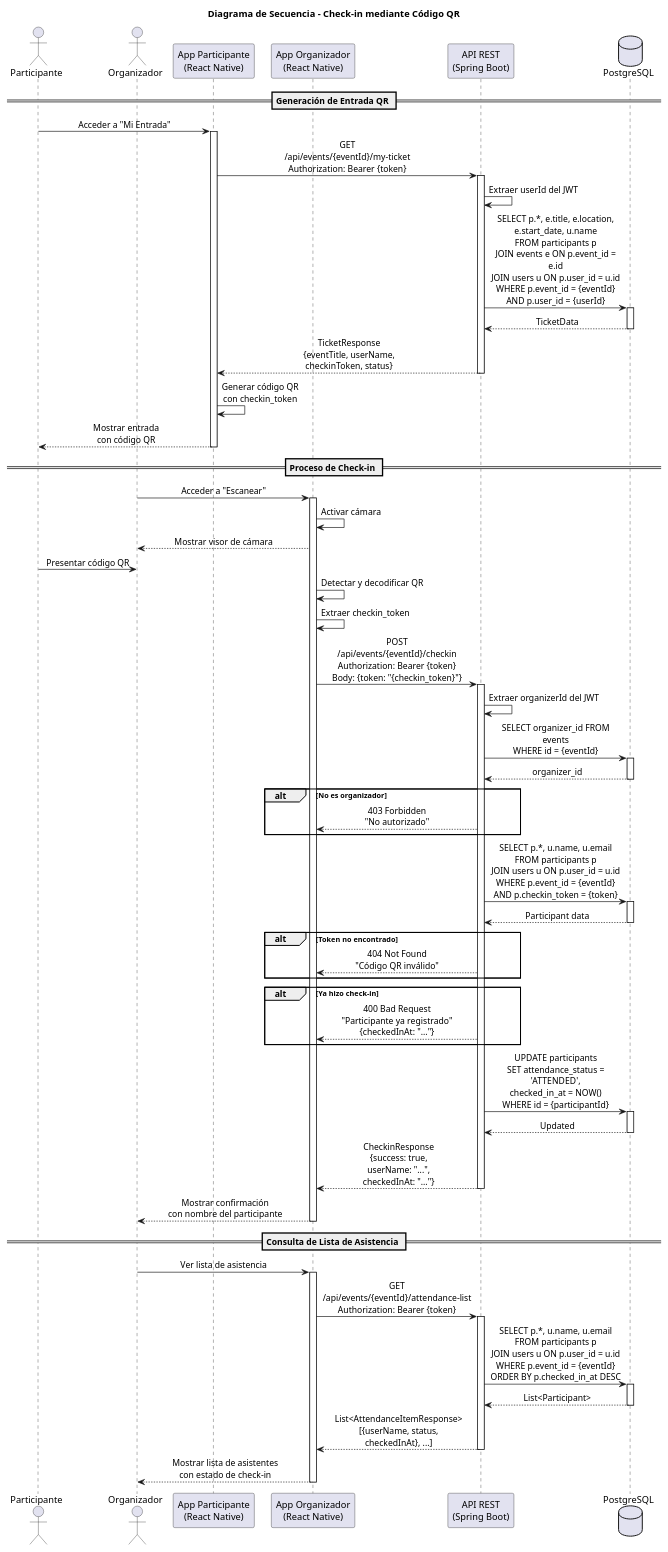
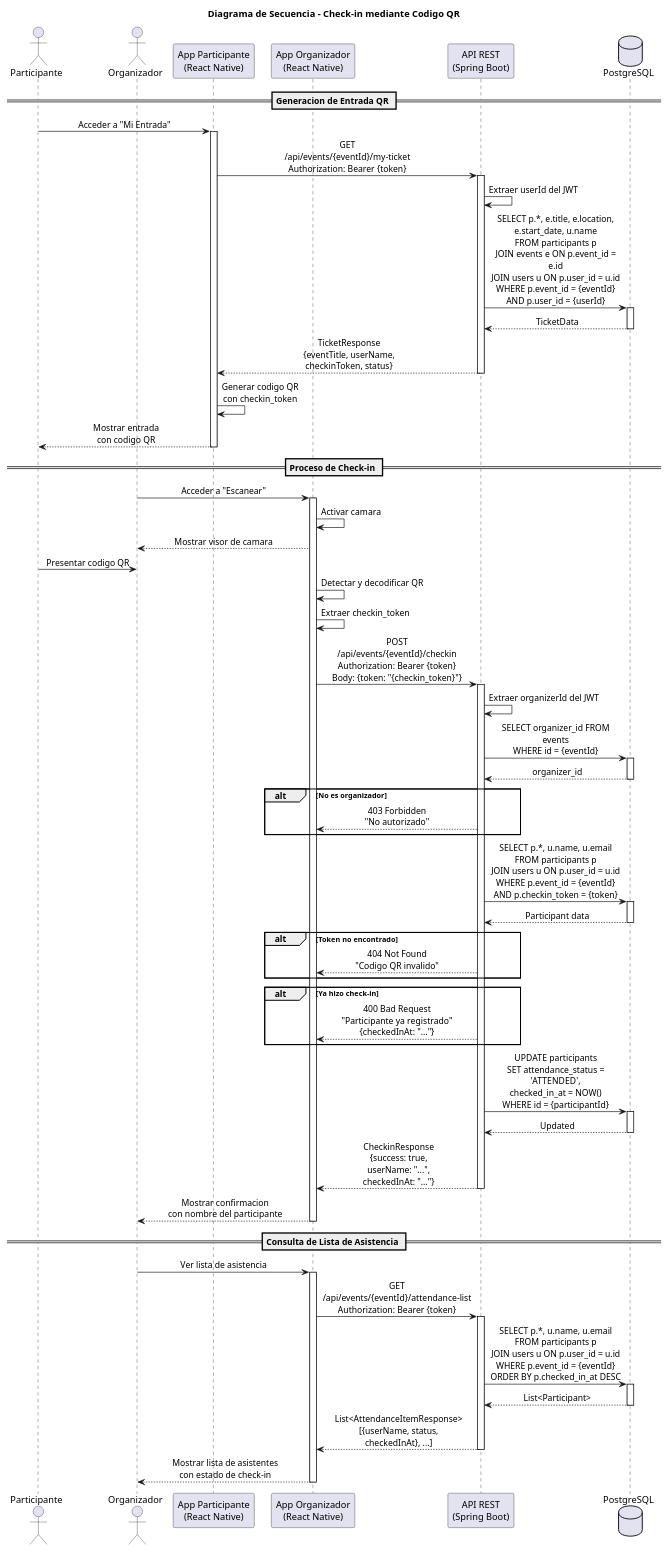
One commit to JeremyTierra/Azuevento changed the diagram in plan/diagramas/10_secuencia_checkin.puml. Above: the diagram before and after it, drawn with PlantUML. The commit also changed 14 other files, not shown here.

Commit message:
Refactor diagrams to standardize Spanish terminology and improve consistency

```diff
--- a/plan/diagramas/10_secuencia_checkin.puml
+++ b/plan/diagramas/10_secuencia_checkin.puml
@@ -1,108 +1,108 @@
 @startuml Secuencia_CheckIn
 skinparam sequenceMessageAlign center
 skinparam responseMessageBelowArrow true
 skinparam maxMessageSize 200
 
-title Diagrama de Secuencia - Check-in mediante Código QR
+title Diagrama de Secuencia - Check-in mediante Codigo QR
 
 actor "Participante" as Participant
 actor "Organizador" as Organizer
 participant "App Participante\n(React Native)" as AppP
 participant "App Organizador\n(React Native)" as AppO
 participant "API REST\n(Spring Boot)" as API
 database "PostgreSQL" as DB
 
-== Generación de Entrada QR ==
+== Generacion de Entrada QR ==
 
 Participant -> AppP: Acceder a "Mi Entrada"
 activate AppP
 
 AppP -> API: GET /api/events/{eventId}/my-ticket\nAuthorization: Bearer {token}
 activate API
 
 API -> API: Extraer userId del JWT
 
 API -> DB: SELECT p.*, e.title, e.location,\ne.start_date, u.name\nFROM participants p\nJOIN events e ON p.event_id = e.id\nJOIN users u ON p.user_id = u.id\nWHERE p.event_id = {eventId}\nAND p.user_id = {userId}
 activate DB
 DB --> API: TicketData
 deactivate DB
 
 API --> AppP: TicketResponse\n{eventTitle, userName,\ncheckinToken, status}
 deactivate API
 
-AppP -> AppP: Generar código QR\ncon checkin_token
+AppP -> AppP: Generar codigo QR\ncon checkin_token
 
-AppP --> Participant: Mostrar entrada\ncon código QR
+AppP --> Participant: Mostrar entrada\ncon codigo QR
 deactivate AppP
 
 == Proceso de Check-in ==
 
 Organizer -> AppO: Acceder a "Escanear"
 activate AppO
 
-AppO -> AppO: Activar cámara
-AppO --> Organizer: Mostrar visor de cámara
+AppO -> AppO: Activar camara
+AppO --> Organizer: Mostrar visor de camara
 
-Participant -> Organizer: Presentar código QR
+Participant -> Organizer: Presentar codigo QR
 
 AppO -> AppO: Detectar y decodificar QR
 AppO -> AppO: Extraer checkin_token
 
 AppO -> API: POST /api/events/{eventId}/checkin\nAuthorization: Bearer {token}\nBody: {token: "{checkin_token}"}
 activate API
 
 API -> API: Extraer organizerId del JWT
 
 API -> DB: SELECT organizer_id FROM events\nWHERE id = {eventId}
 activate DB
 DB --> API: organizer_id
 deactivate DB
 
 alt No es organizador
     API --> AppO: 403 Forbidden\n"No autorizado"
 end
 
 API -> DB: SELECT p.*, u.name, u.email\nFROM participants p\nJOIN users u ON p.user_id = u.id\nWHERE p.event_id = {eventId}\nAND p.checkin_token = {token}
 activate DB
 DB --> API: Participant data
 deactivate DB
 
 alt Token no encontrado
-    API --> AppO: 404 Not Found\n"Código QR inválido"
+    API --> AppO: 404 Not Found\n"Codigo QR invalido"
 end
 
 alt Ya hizo check-in
     API --> AppO: 400 Bad Request\n"Participante ya registrado"\n{checkedInAt: "..."}
 end
 
 API -> DB: UPDATE participants\nSET attendance_status = 'ATTENDED',\nchecked_in_at = NOW()\nWHERE id = {participantId}
 activate DB
 DB --> API: Updated
 deactivate DB
 
 API --> AppO: CheckinResponse\n{success: true,\nuserName: "...",\ncheckedInAt: "..."}
 deactivate API
 
-AppO --> Organizer: Mostrar confirmación\ncon nombre del participante
+AppO --> Organizer: Mostrar confirmacion\ncon nombre del participante
 deactivate AppO
 
 == Consulta de Lista de Asistencia ==
 
 Organizer -> AppO: Ver lista de asistencia
 activate AppO
 
 AppO -> API: GET /api/events/{eventId}/attendance-list\nAuthorization: Bearer {token}
 activate API
 
 API -> DB: SELECT p.*, u.name, u.email\nFROM participants p\nJOIN users u ON p.user_id = u.id\nWHERE p.event_id = {eventId}\nORDER BY p.checked_in_at DESC
 activate DB
 DB --> API: List<Participant>
 deactivate DB
 
 API --> AppO: List<AttendanceItemResponse>\n[{userName, status, checkedInAt}, ...]
 deactivate API
 
 AppO --> Organizer: Mostrar lista de asistentes\ncon estado de check-in
 deactivate AppO
 
 @enduml
```
